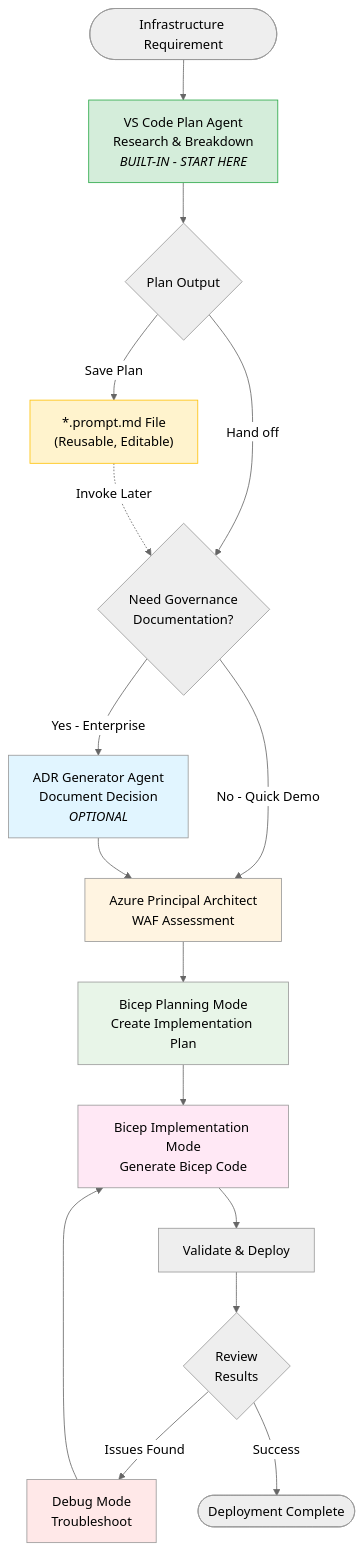
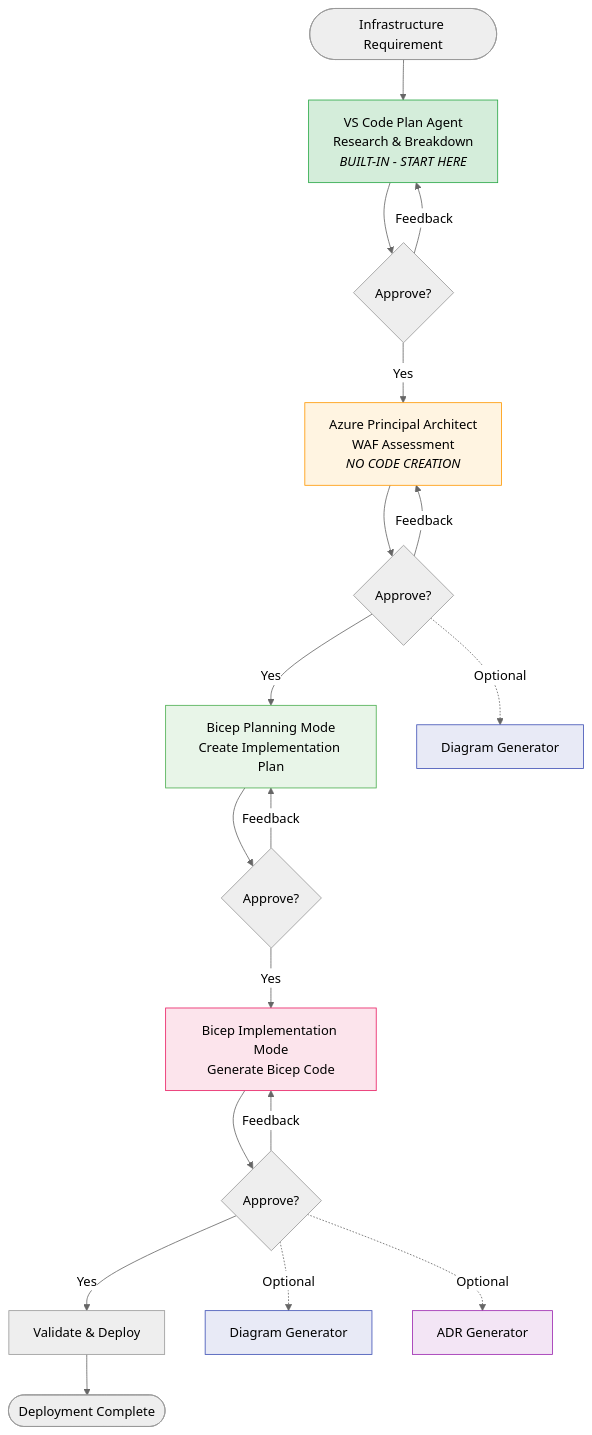
The first of 2 diagrams in resources/copilot-customizations/FIVE-MODE-WORKFLOW.md (jonathan-vella/github-copilot-itpro), drawn with Mermaid before and after one commit. The commit also changed other lines of this file and 4 other files, not shown here.

````diff
--- a/resources/copilot-customizations/FIVE-MODE-WORKFLOW.md
+++ b/resources/copilot-customizations/FIVE-MODE-WORKFLOW.md
@@ -28,39 +33,34 @@
 ```mermaid
 %%{init: {'theme':'neutral'}}%%
 graph TB
-    Start([Infrastructure Requirement]) --> Plan[VS Code Plan Agent<br/>Research & Breakdown<br/><i>BUILT-IN - START HERE</i>]
+    Start([Infrastructure Requirement]) --> Plan["VS Code Plan Agent<br/>Research & Breakdown<br/><i>BUILT-IN - START HERE</i>"]
 
-    Plan --> PlanOutput{Plan Output}
-    PlanOutput -->|Save Plan| PromptFile["*.prompt.md File<br/>(Reusable, Editable)"]
-    PlanOutput -->|Hand off| Decision
+    Plan --> Approve1{Approve?}
+    Approve1 -->|Yes| Arch
+    Approve1 -->|Feedback| Plan
 
-    PromptFile -.->|Invoke Later| Decision
+    Arch["Azure Principal Architect<br/>WAF Assessment<br/><i>NO CODE CREATION</i>"] --> Approve2{Approve?}
+    Approve2 -->|Yes| BicepPlan
+    Approve2 -->|Feedback| Arch
+    Approve2 -.->|Optional| Diagram1[Diagram Generator]
 
-    Decision{Need Governance<br/>Documentation?}
+    BicepPlan["Bicep Planning Mode<br/>Create Implementation Plan"] --> Approve3{Approve?}
+    Approve3 -->|Yes| Implement
+    Approve3 -->|Feedback| BicepPlan
 
-    Decision -->|Yes - Enterprise| ADR[ADR Generator Agent<br/>Document Decision<br/><i>OPTIONAL</i>]
-    Decision -->|No - Quick Demo| Arch
+    Implement["Bicep Implementation Mode<br/>Generate Bicep Code"] --> Approve4{Approve?}
+    Approve4 -->|Yes| Validate
+    Approve4 -->|Feedback| Implement
+    Approve4 -.->|Optional| Diagram2[Diagram Generator]
+    Approve4 -.->|Optional| ADR[ADR Generator]
 
-    ADR --> Arch[Azure Principal Architect<br/>WAF Assessment]
-
-    Arch --> BicepPlan[Bicep Planning Mode<br/>Create Implementation Plan]
-
-    BicepPlan --> Implement[Bicep Implementation Mode<br/>Generate Bicep Code]
-
-    Implement --> Validate[Validate & Deploy]
-
-    Validate --> Review{Review<br/>Results}
-
-    Review -->|Issues Found| Debug[Debug Mode<br/>Troubleshoot]
-    Debug --> Implement
-
-    Review -->|Success| Complete([Deployment Complete])
+    Validate[Validate & Deploy] --> Complete([Deployment Complete])
 
     style Plan fill:#d4edda,stroke:#28a745
-    style PromptFile fill:#fff3cd,stroke:#ffc107
-    style ADR fill:#e1f5ff
-    style Arch fill:#fff4e1
-    style BicepPlan fill:#e8f5e8
-    style Implement fill:#ffe8f5
-    style Debug fill:#ffe8e8
+    style Arch fill:#fff4e1,stroke:#ff9800
+    style BicepPlan fill:#e8f5e8,stroke:#4caf50
+    style Implement fill:#fce4ec,stroke:#e91e63
+    style Diagram1 fill:#e8eaf6,stroke:#3f51b5
+    style Diagram2 fill:#e8eaf6,stroke:#3f51b5
+    style ADR fill:#f3e5f5,stroke:#9c27b0
 ```
````
